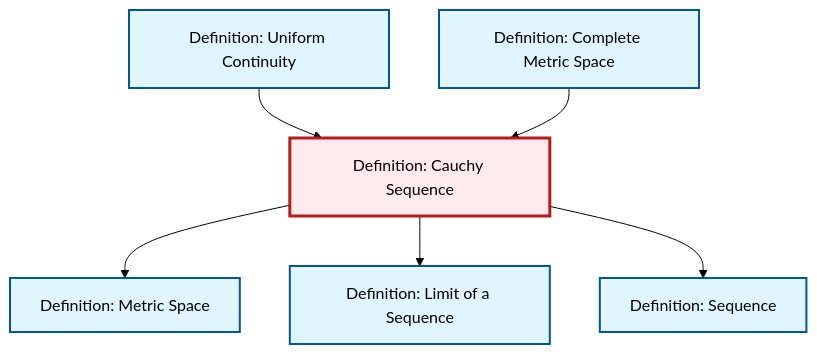
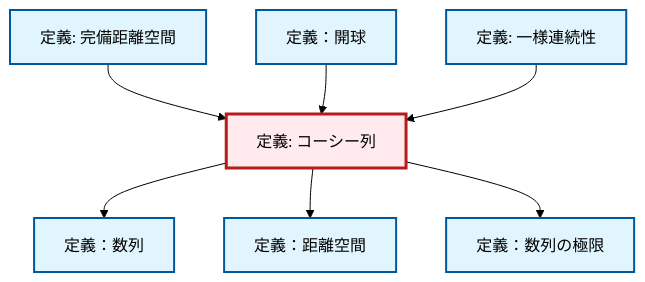
Before and after one commit to RK0429/ModernMath: the diagram in content/ja/analysis/def-cauchy-sequence.qmd, drawn with Mermaid (forest theme). The commit also changed 1069 other files, not shown here.

````diff
--- a/content/ja/analysis/def-cauchy-sequence.qmd
+++ b/content/ja/analysis/def-cauchy-sequence.qmd
@@ -89,26 +89,29 @@
 ```{mermaid}
 %%| fig-cap: "Local dependency graph"
 graph TD
     classDef definition fill:#e1f5fe,stroke:#01579b,stroke-width:2px
     classDef theorem fill:#f3e5f5,stroke:#4a148c,stroke-width:2px
     classDef axiom fill:#fff3e0,stroke:#e65100,stroke-width:2px
     classDef example fill:#e8f5e9,stroke:#1b5e20,stroke-width:2px
     classDef current fill:#ffebee,stroke:#b71c1c,stroke-width:3px
-    def-metric-space["Definition: Metric Space"]:::definition
-    def-cauchy-sequence["Definition: Cauchy Sequence"]:::definition
-    def-complete-metric-space["Definition: Complete Metric Space"]:::definition
-    def-limit["Definition: Limit of a Sequence"]:::definition
-    def-sequence["Definition: Sequence"]:::definition
-    def-uniform-continuity["Definition: Uniform Continuity"]:::definition
-    def-uniform-continuity --> def-cauchy-sequence
+    def-limit["定義：数列の極限"]:::definition
+    def-uniform-continuity["定義: 一様連続性"]:::definition
+    def-sequence["定義：数列"]:::definition
+    def-cauchy-sequence["定義: コーシー列"]:::definition
+    def-metric-space["定義：距離空間"]:::definition
+    def-complete-metric-space["定義: 完備距離空間"]:::definition
+    def-open-ball["定義：開球"]:::definition
+    def-cauchy-sequence --> def-sequence
     def-complete-metric-space --> def-cauchy-sequence
     def-cauchy-sequence --> def-metric-space
+    def-open-ball --> def-cauchy-sequence
+    def-uniform-continuity --> def-cauchy-sequence
     def-cauchy-sequence --> def-limit
-    def-cauchy-sequence --> def-sequence
     class def-cauchy-sequence current
-    click def-metric-space "def-metric-space.html" "Definition: Metric Spaceへ"
-    click def-complete-metric-space "def-complete-metric-space.html" "Definition: Complete Metric Spaceへ"
-    click def-limit "def-limit.html" "Definition: Limit of a Sequenceへ"
-    click def-sequence "def-sequence.html" "Definition: Sequenceへ"
-    click def-uniform-continuity "def-uniform-continuity.html" "Definition: Uniform Continuityへ"
+    click def-limit "def-limit.html" "定義：数列の極限へ"
+    click def-uniform-continuity "def-uniform-continuity.html" "一様連続性の定義へ"
+    click def-sequence "def-sequence.html" "定義：数列へ"
+    click def-metric-space "def-metric-space.html" "定義：距離空間へ"
+    click def-complete-metric-space "def-complete-metric-space.html" "完備距離空間の定義へ"
+    click def-open-ball "def-open-ball.html" "定義：開球へ"
 ```
````
